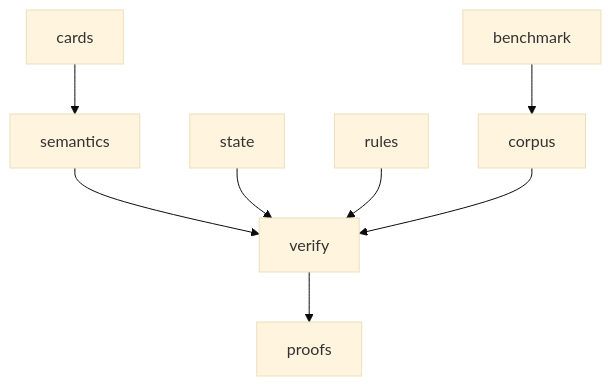
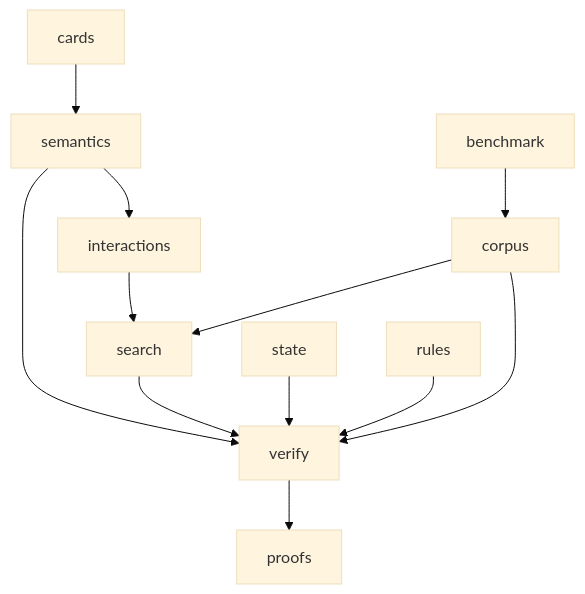
Before and after one commit to witzbeck/mtg-loop-engine: the diagram in src/mtg_loop_engine/README.md, drawn with Mermaid (base theme). The commit also changed 5 other files, not shown here.

````diff
--- a/src/mtg_loop_engine/README.md
+++ b/src/mtg_loop_engine/README.md
@@ -9,10 +9,14 @@
 ```mermaid
 graph TB;
   cards[cards] --> semantics[semantics];
   semantics --> verify[verify];
+  semantics --> interactions[interactions];
+  interactions --> search[search];
+  search --> verify;
   state[state] --> verify;
   rules[rules] --> verify;
   verify --> proofs[proofs];
   corpus[corpus] --> verify;
+  corpus --> search;
   benchmark[benchmark] --> corpus;
 ```
````
